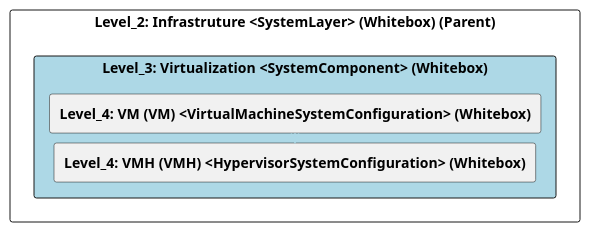
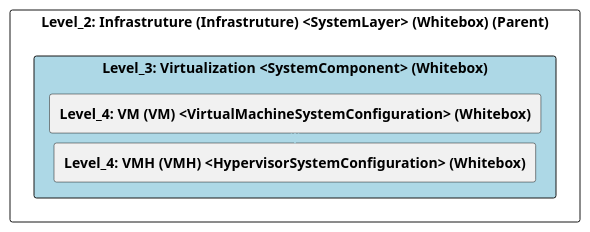
The diagram in src/cleon.architecturemethods.arc42.sample/doc/cleon_architecturemethods_arc42_sample_system/adoc/en/05_building_block_view/ikt/infrastruture/virtualization/level_3_virtualization.adoc (marcozwyssig/cleon), drawn with PlantUML before and after one commit. The commit also changed other lines of this file and 166 other files, not shown here.

```diff
--- a/src/cleon.architecturemethods.arc42.sample/doc/cleon_architecturemethods_arc42_sample_system/adoc/en/05_building_block_view/ikt/infrastruture/virtualization/level_3_virtualization.adoc
+++ b/src/cleon.architecturemethods.arc42.sample/doc/cleon_architecturemethods_arc42_sample_system/adoc/en/05_building_block_view/ikt/infrastruture/virtualization/level_3_virtualization.adoc
@@ -20,28 +20,28 @@
 [plantuml, Level_3: Virtualization <SystemComponent> (Whitebox)BlockOverview, format="svg"]
 ----
 @startuml Level_3: Virtualization <SystemComponent> (Whitebox)BuildingBlockOverview
 
 skinparam ranksep 10
 skinparam componentStyle rectangle
 skinparam shadowing false
 skinparam arrowColor lightblue
 skinparam arrowThickness 1.2
 skinparam rectangle {
   BackgroundColor White
   BorderColor #333
   RoundCorner 10
 }
 top to bottom direction
 
-component "Level_2: Infrastruture <SystemLayer> (Whitebox) (Parent)" {
+component "Level_2: Infrastruture (Infrastruture) <SystemLayer> (Whitebox) (Parent)" {
     component "Level_3: Virtualization <SystemComponent> (Whitebox)" #lightblue {
         [**Level_4: VM (VM) <VirtualMachineSystemConfiguration> (Whitebox)**] as B582462B_BEE0_11EF_B498_058EE446F8E7
         [**Level_4: VMH (VMH) <HypervisorSystemConfiguration> (Whitebox)**] as B581F80A_BEE0_11EF_B498_058EE446F8E7
     }
 
     B582462B_BEE0_11EF_B498_058EE446F8E7 -down-> B581F80A_BEE0_11EF_B498_058EE446F8E7
     
 }
 
 @enduml
 ----
```
